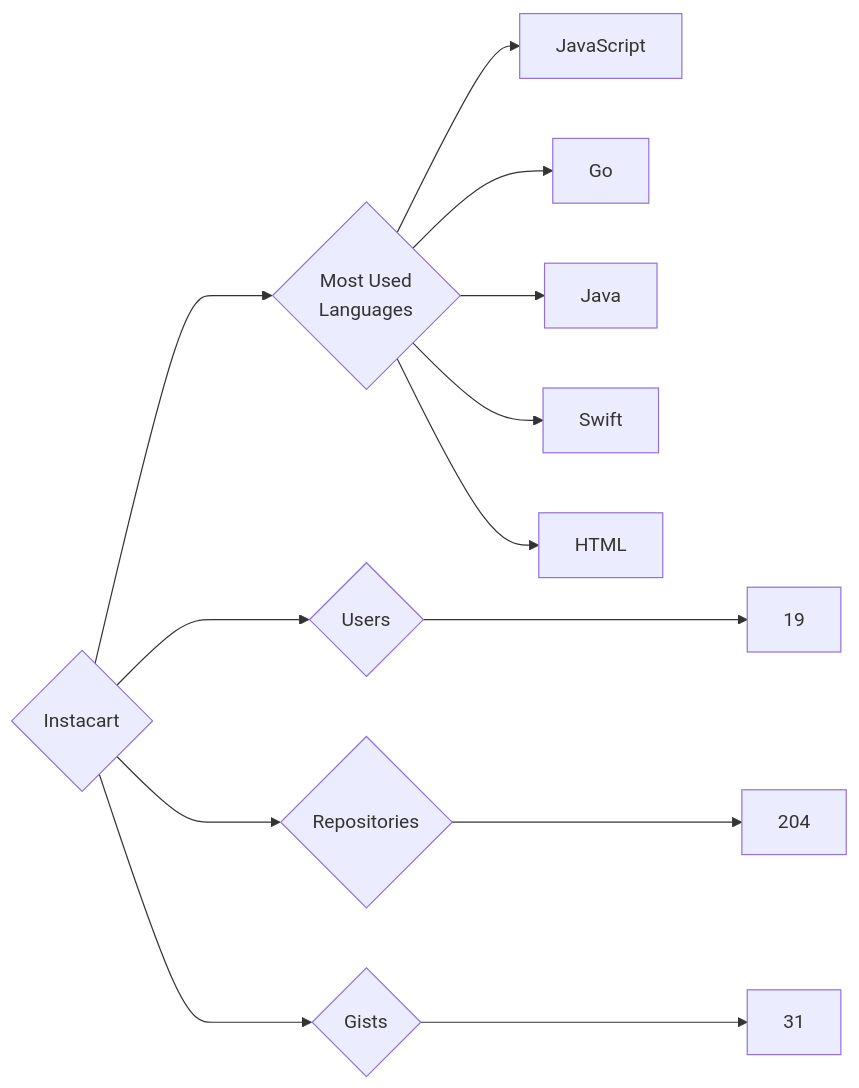
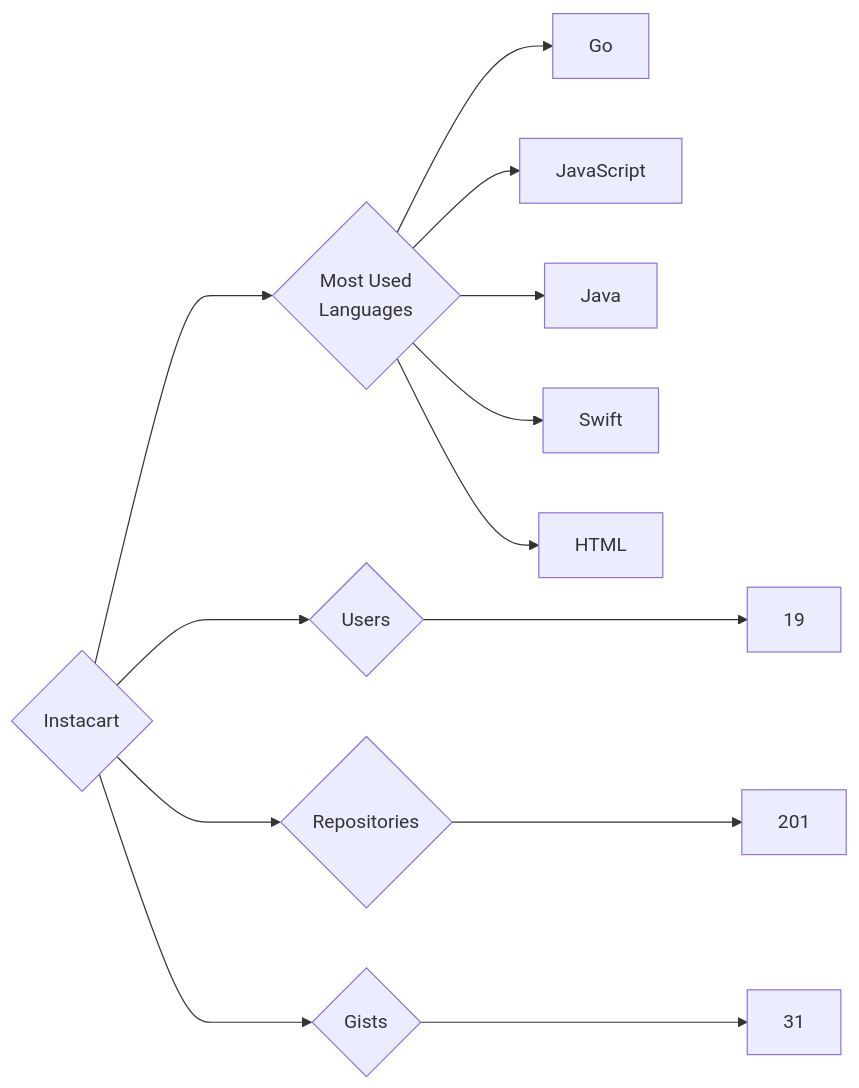
The diagram in targets/Instacart/README.md (trickest/insiders), drawn with Mermaid before and after one commit. The commit also changed 1020 other files, not shown here.

````diff
--- a/targets/Instacart/README.md
+++ b/targets/Instacart/README.md
@@ -3,13 +3,13 @@
 ```mermaid
 graph LR
 COMPANY_NAME{Instacart}
 COMPANY_NAME ---> U{Users} ---> UN[19]
-COMPANY_NAME ---> R{Repositories} ---> RN[204]
+COMPANY_NAME ---> R{Repositories} ---> RN[201]
 COMPANY_NAME ---> G{Gists} ---> GN[31]
 COMPANY_NAME ---> ML{Most Used<br>Languages}
+ML --> Go[Go]
 ML --> JavaScript[JavaScript]
-ML --> Go[Go]
 ML --> Java[Java]
 ML --> Swift[Swift]
 ML --> HTML[HTML]
 ```
````
